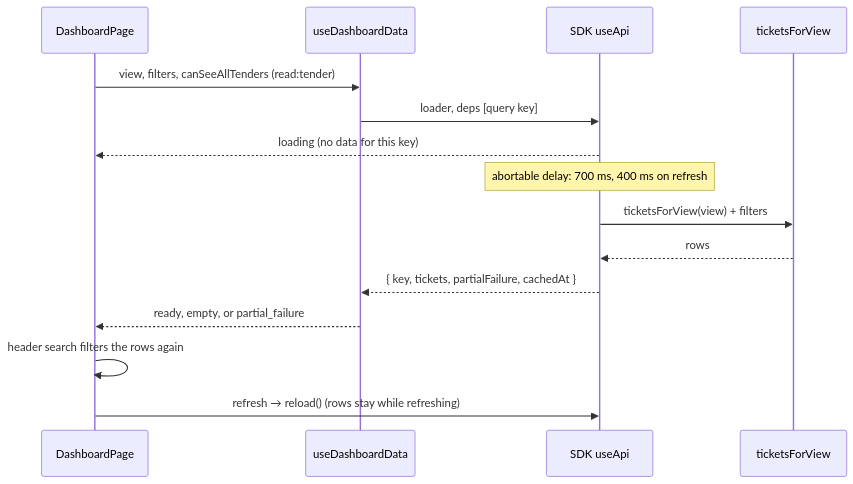
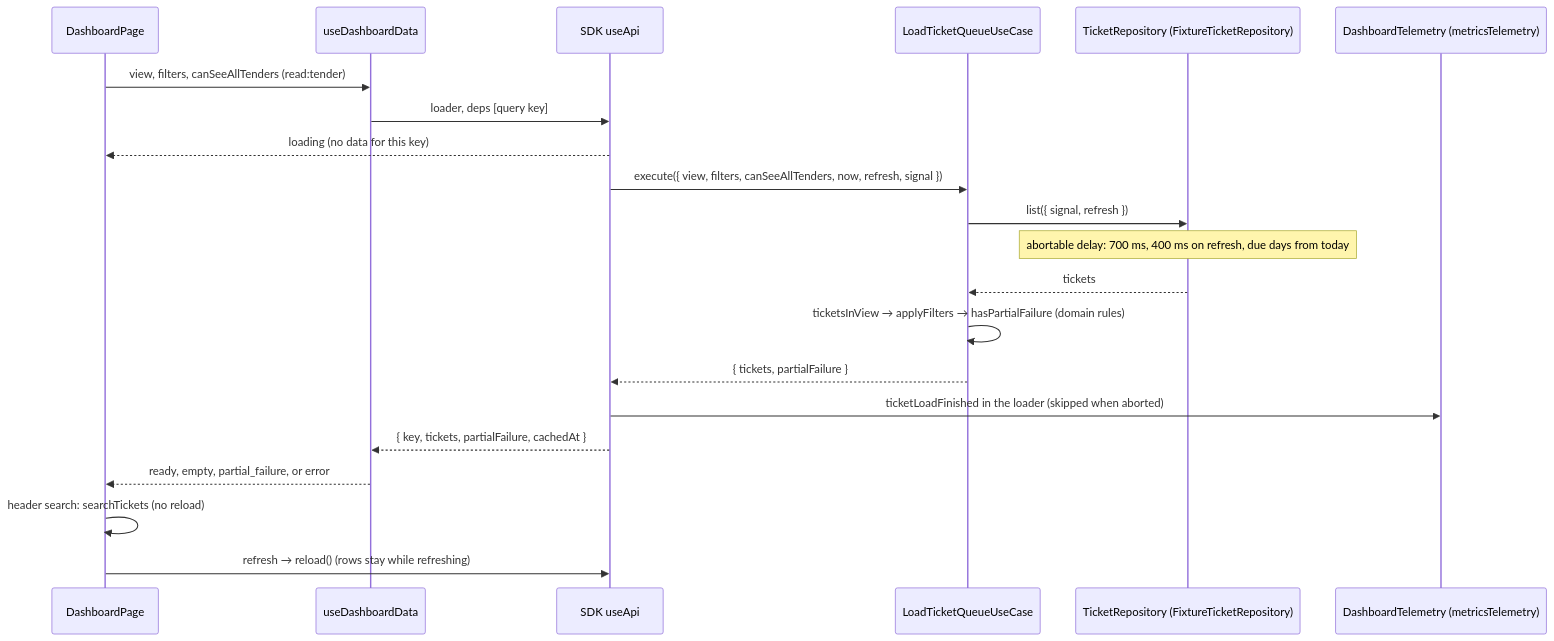
One commit to BCBP-SOLUTIONS-FZC-LLC/mfe-dashboard changed the diagram in docs/architecture/mermaid/ticket-load.mmd. Above: the diagram before and after it, drawn with Mermaid. The commit also changed 11 other files, not shown here.

First line of the commit message:
Docs: ARCHITECTURE.md in the structure of iam-org-membership's (#35)

```diff
--- a/docs/architecture/mermaid/ticket-load.mmd
+++ b/docs/architecture/mermaid/ticket-load.mmd
@@ -1,16 +1,22 @@
 sequenceDiagram
     participant Page as DashboardPage
     participant Hook as useDashboardData
     participant Api as SDK useApi
-    participant Mock as ticketsForView
+    participant UC as LoadTicketQueueUseCase
+    participant Repo as TicketRepository (FixtureTicketRepository)
+    participant Tel as DashboardTelemetry (metricsTelemetry)
 
     Page->>Hook: view, filters, canSeeAllTenders (read:tender)
     Hook->>Api: loader, deps [query key]
     Api-->>Page: loading (no data for this key)
-    Note over Api: abortable delay: 700 ms, 400 ms on refresh
-    Api->>Mock: ticketsForView(view) + filters
-    Mock-->>Api: rows
+    Api->>UC: execute({ view, filters, canSeeAllTenders, now, refresh, signal })
+    UC->>Repo: list({ signal, refresh })
+    Note over Repo: abortable delay: 700 ms, 400 ms on refresh, due days from today
+    Repo-->>UC: tickets
+    UC->>UC: ticketsInView → applyFilters → hasPartialFailure (domain rules)
+    UC-->>Api: { tickets, partialFailure }
+    Api->>Tel: ticketLoadFinished in the loader (skipped when aborted)
     Api-->>Hook: { key, tickets, partialFailure, cachedAt }
-    Hook-->>Page: ready, empty, or partial_failure
-    Page->>Page: header search filters the rows again
+    Hook-->>Page: ready, empty, partial_failure, or error
+    Page->>Page: header search: searchTickets (no reload)
     Page->>Api: refresh → reload() (rows stay while refreshing)
```
